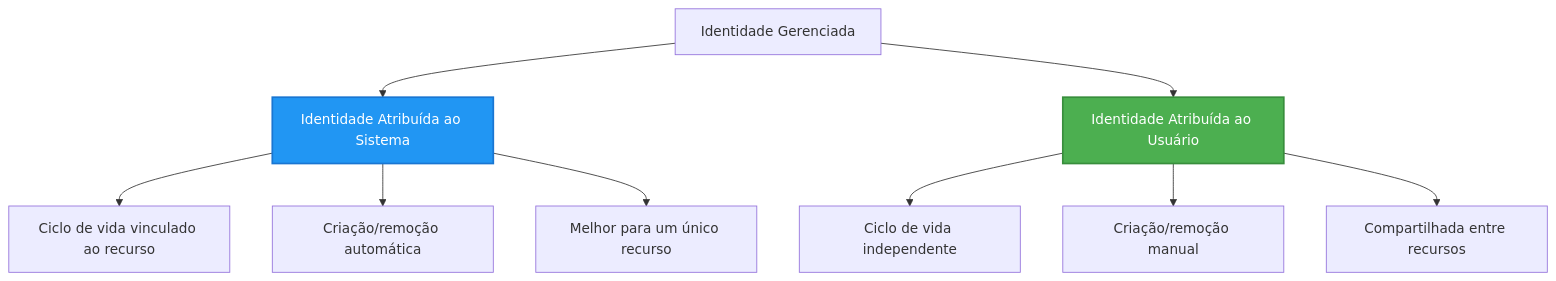
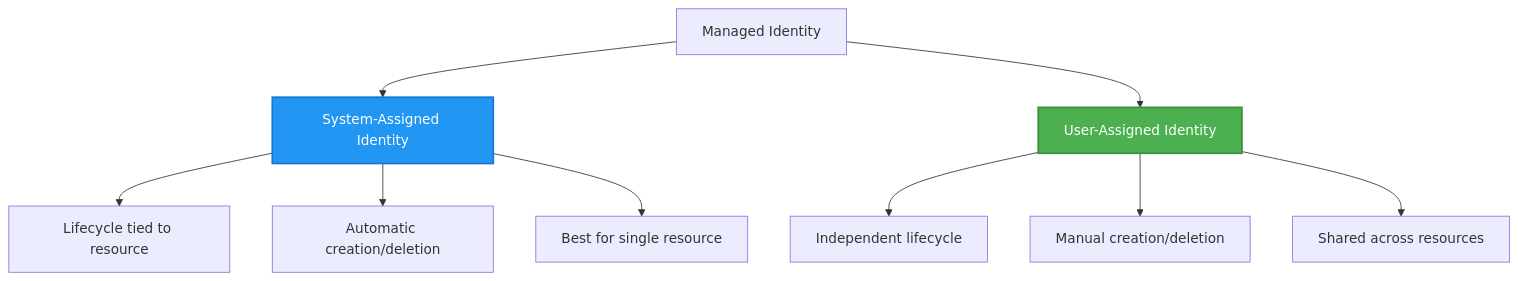
Before and after one commit to microsoft/AZD-for-beginners: the second of 2 diagrams in translations/pt-BR/docs/chapter-03-configuration/authsecurity.md, drawn with Mermaid. The commit also changed other lines of this file and 145 other files, not shown here.

````diff
--- a/translations/pt-BR/docs/chapter-03-configuration/authsecurity.md
+++ b/translations/pt-BR/docs/chapter-03-configuration/authsecurity.md
@@ -98,20 +100,20 @@
 ```mermaid
 graph TB
-    MI[Identidade Gerenciada]
-    SystemAssigned[Identidade Atribuída ao Sistema]
-    UserAssigned[Identidade Atribuída ao Usuário]
+    MI[Managed Identity]
+    SystemAssigned[System-Assigned Identity]
+    UserAssigned[User-Assigned Identity]
     
     MI --> SystemAssigned
     MI --> UserAssigned
     
-    SystemAssigned --> SA1[Ciclo de vida vinculado ao recurso]
-    SystemAssigned --> SA2[Criação/remoção automática]
-    SystemAssigned --> SA3[Melhor para um único recurso]
+    SystemAssigned --> SA1[Lifecycle tied to resource]
+    SystemAssigned --> SA2[Automatic creation/deletion]
+    SystemAssigned --> SA3[Best for single resource]
     
-    UserAssigned --> UA1[Ciclo de vida independente]
-    UserAssigned --> UA2[Criação/remoção manual]
-    UserAssigned --> UA3[Compartilhada entre recursos]
+    UserAssigned --> UA1[Independent lifecycle]
+    UserAssigned --> UA2[Manual creation/deletion]
+    UserAssigned --> UA3[Shared across resources]
     
     style SystemAssigned fill:#2196F3,stroke:#1976D2,stroke-width:2px,color:#fff
     style UserAssigned fill:#4CAF50,stroke:#388E3C,stroke-width:2px,color:#fff
 ```
````
